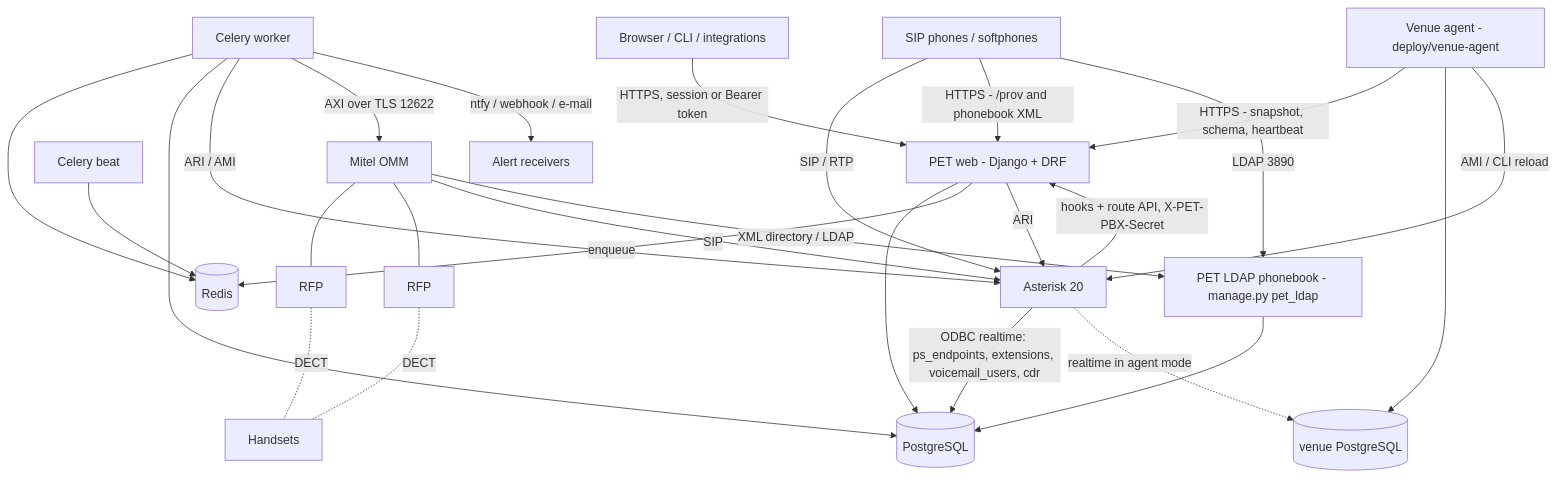
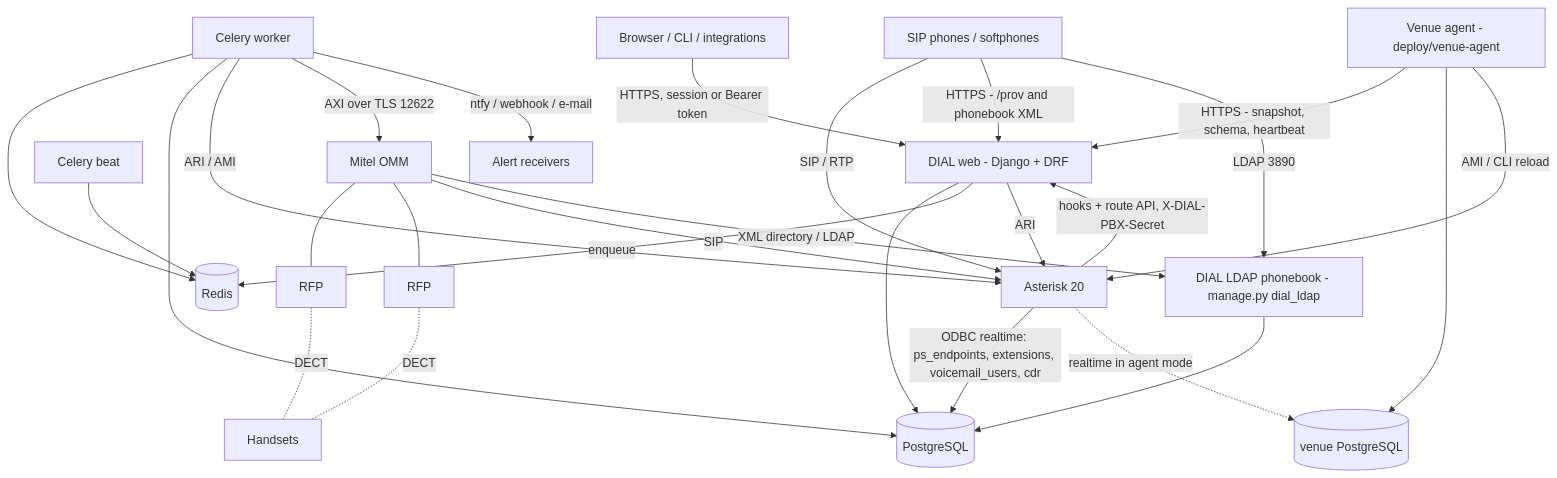
Before and after one commit to kirikakaese/DIAL-BETA: the first of 8 diagrams in docs/ARCHITECTURE.md, drawn with Mermaid. The commit also changed other lines of this file and 296 other files, not shown here.

First line of the commit message:
Rename PET to DIAL (DECT & IP Administration Layer)

````diff
--- a/docs/ARCHITECTURE.md
+++ b/docs/ARCHITECTURE.md
@@ -10,29 +10,29 @@
 ```mermaid
 flowchart TB
-    Browser[Browser / CLI / integrations] -->|HTTPS, session or Bearer token| Web[PET web - Django + DRF]
+    Browser[Browser / CLI / integrations] -->|HTTPS, session or Bearer token| Web[DIAL web - Django + DRF]
     Web --> PG[(PostgreSQL)]
     Web -->|enqueue| Redis[(Redis)]
     Worker[Celery worker] --> Redis
     Beat[Celery beat] --> Redis
     Worker --> PG
     Worker -->|ARI / AMI| Asterisk[Asterisk 20]
     Web -->|ARI| Asterisk
     Asterisk -->|ODBC realtime: ps_endpoints, extensions, voicemail_users, cdr| PG
-    Asterisk -->|hooks + route API, X-PET-PBX-Secret| Web
+    Asterisk -->|hooks + route API, X-DIAL-PBX-Secret| Web
     Worker -->|AXI over TLS 12622| OMM[Mitel OMM]
     OMM --- RFP1[RFP]
     OMM --- RFP2[RFP]
     RFP1 -.DECT.- HS[Handsets]
     RFP2 -.DECT.- HS
     OMM -->|SIP| Asterisk
     Soft[SIP phones / softphones] -->|SIP / RTP| Asterisk
     Soft -->|HTTPS - /prov and phonebook XML| Web
-    Soft -->|LDAP 3890| LDAP[PET LDAP phonebook - manage.py pet_ldap]
+    Soft -->|LDAP 3890| LDAP[DIAL LDAP phonebook - manage.py dial_ldap]
     OMM -->|XML directory / LDAP| LDAP
     LDAP --> PG
     Agent[Venue agent - deploy/venue-agent] -->|HTTPS - snapshot, schema, heartbeat| Web
     Agent --> VDB[(venue PostgreSQL)]
     Agent -->|AMI / CLI reload| Asterisk
     Asterisk -.->|realtime in agent mode| VDB
     Worker -->|ntfy / webhook / e-mail| Alerts[Alert receivers]
 ```
````
